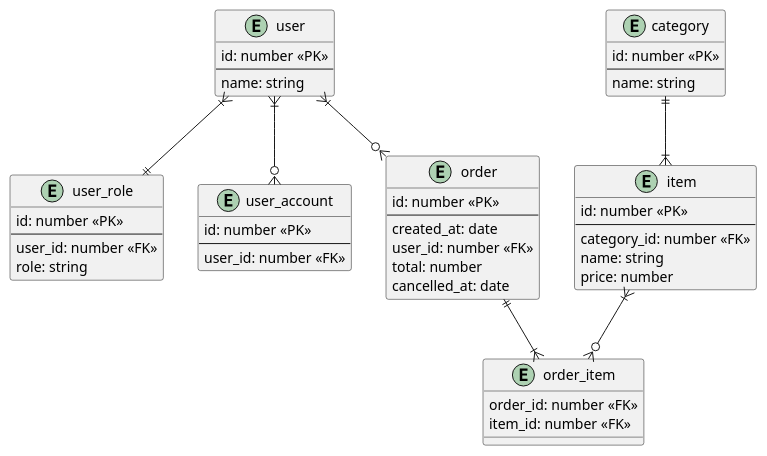
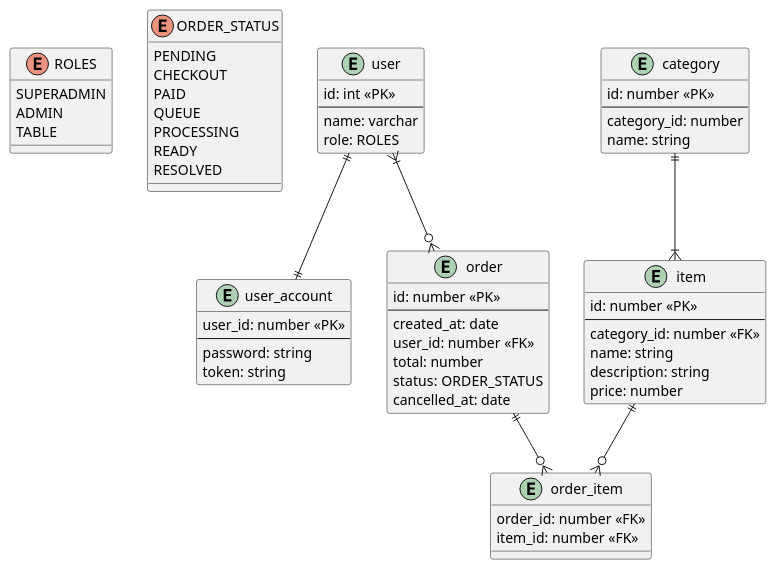
Before and after one commit to maulidinar/plantuml: the diagram in ERD.puml, drawn with PlantUML. The commit also changed 1 other file, not shown here.

```diff
--- a/ERD.puml
+++ b/ERD.puml
@@ -1,58 +1,70 @@
 @startuml ERD
 
+enum ROLES {
+    SUPERADMIN
+    ADMIN
+    TABLE
+}
+
+enum ORDER_STATUS {
+    PENDING
+    CHECKOUT
+    PAID
+    QUEUE
+    PROCESSING
+    READY
+    RESOLVED
+}
 
 entity user {
-    id: number <<PK>>
+    id: int <<PK>>
     --
-    name: string
-}
-
-entity user_role {
-    id: number <<PK>>
-    --
-    user_id: number <<FK>>
-    role: string
+    name: varchar
+    role: ROLES
 }
 
 entity user_account {
-    id: number <<PK>>
+    user_id: number <<PK>>
     --
-    user_id: number <<FK>>
+    password: string
+    token: string
 }
 
 entity order {
     id: number <<PK>>
     --
     created_at: date
     user_id: number <<FK>>
     total: number
+    status: ORDER_STATUS
     cancelled_at: date
 }
 
 entity order_item {
     order_id: number <<FK>>
     item_id: number <<FK>>
 }
 
 entity item {
     id: number <<PK>>
     --
     category_id: number <<FK>>
     name: string
+    description: string
     price: number
 }
 
 entity category {
     id: number <<PK>>
     --
+    category_id: number
     name: string
 }
 
-user }|--|| user_role
-user }|--o{ user_account
+user ||--|| user_account
 user }|--o{ order
-order ||--|{ order_item
-item }|--o{ order_item
+order ||--o{ order_item
+item ||--o{ order_item
 category ||--|{ item
 
 @enduml
```
